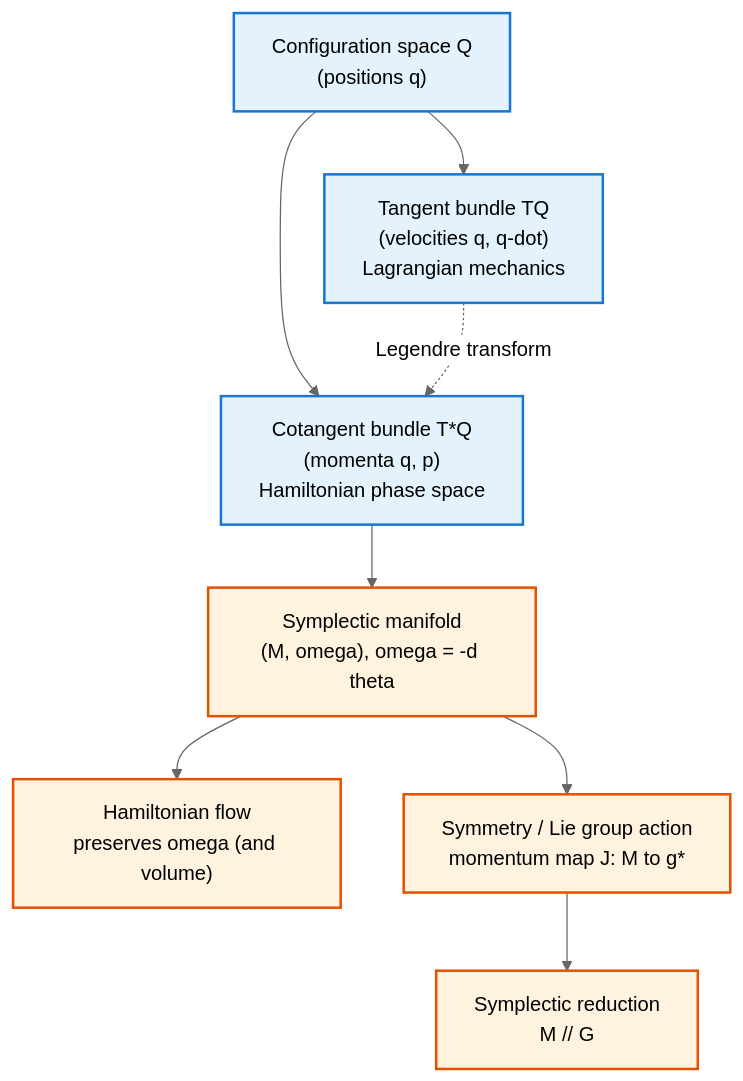
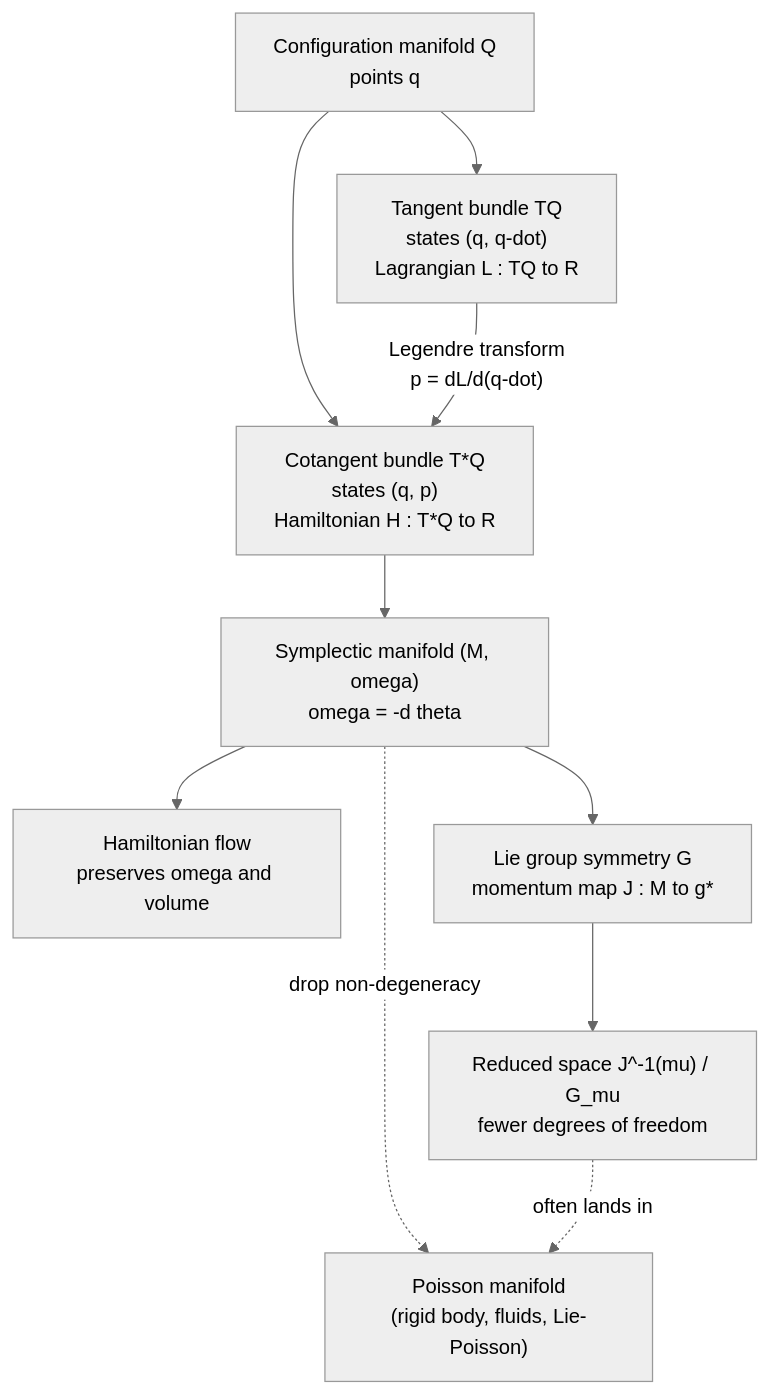
One commit to AndrewAltimit/Documentation changed the first of 2 diagrams in github-pages/docs/physics/classical-mechanics/geometric-mechanics.md. Above: the diagram before and after it, drawn with Mermaid (neutral theme). The commit also changed other lines of this file and 240 other files, not shown here.

````diff
--- a/github-pages/docs/physics/classical-mechanics/geometric-mechanics.md
+++ b/github-pages/docs/physics/classical-mechanics/geometric-mechanics.md
@@ -21,14 +24,13 @@
 ```mermaid
-graph TD
-    Q["Configuration space Q<br/>(positions q)"] --> TQ["Tangent bundle TQ<br/>(velocities q, q-dot)<br/>Lagrangian mechanics"]
-    Q --> TstarQ["Cotangent bundle T*Q<br/>(momenta q, p)<br/>Hamiltonian phase space"]
-    TQ -. "Legendre transform" .-> TstarQ
-    TstarQ --> SYM["Symplectic manifold<br/>(M, omega), omega = -d theta"]
-    SYM --> FLOW["Hamiltonian flow<br/>preserves omega (and volume)"]
-    SYM --> SYMM["Symmetry / Lie group action<br/>momentum map J: M to g*"]
-    SYMM --> RED["Symplectic reduction<br/>M // G"]
-    classDef base fill:#e3f2fd,stroke:#1976d2,stroke-width:2px;
-    classDef geom fill:#fff3e0,stroke:#e65100,stroke-width:2px;
-    class Q,TQ,TstarQ base;
-    class SYM,FLOW,SYMM,RED geom;
+flowchart TD
+    Q["Configuration manifold Q<br/>points q"]
+    Q --> TQ["Tangent bundle TQ<br/>states (q, q-dot)<br/>Lagrangian L : TQ to R"]
+    Q --> TsQ["Cotangent bundle T*Q<br/>states (q, p)<br/>Hamiltonian H : T*Q to R"]
+    TQ -- "Legendre transform<br/>p = dL/d(q-dot)" --> TsQ
+    TsQ --> S["Symplectic manifold (M, omega)<br/>omega = -d theta"]
+    S --> F["Hamiltonian flow<br/>preserves omega and volume"]
+    S --> G["Lie group symmetry G<br/>momentum map J : M to g*"]
+    G --> R["Reduced space J^-1(mu) / G_mu<br/>fewer degrees of freedom"]
+    S -. "drop non-degeneracy" .-> P["Poisson manifold<br/>(rigid body, fluids, Lie-Poisson)"]
+    R -. "often lands in" .-> P
 ```
````
